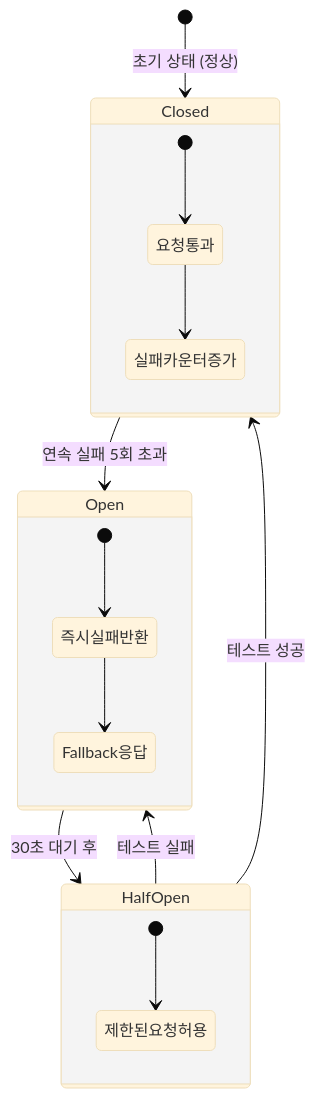
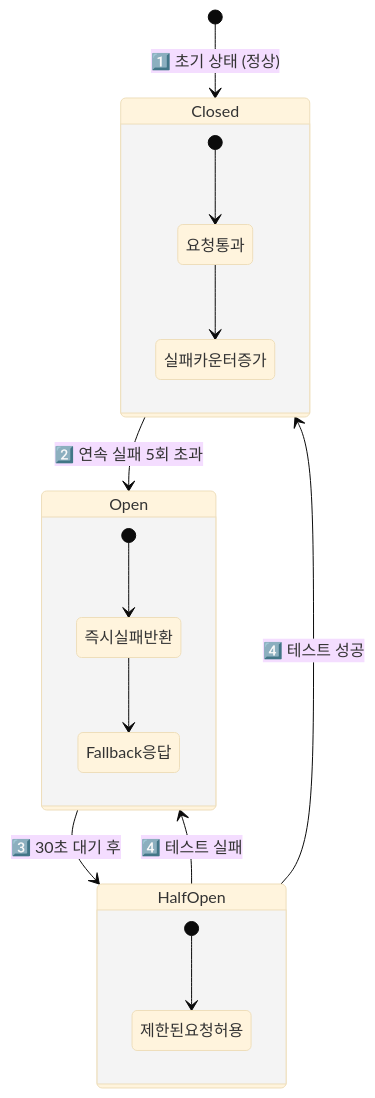
The tenth of 15 diagrams in _posts/architecture/2026-05-02-msa-deep.md (yjkim2015/yjkim2015.github.io), drawn with Mermaid (base theme) before and after one commit. The commit also changed other lines of this file and 92 other files, not shown here.

First line of the commit message:
Major quality rewrite: 98 files, Mermaid fix, extreme-scenario component

````diff
--- a/_posts/architecture/2026-05-02-msa-deep.md
+++ b/_posts/architecture/2026-05-02-msa-deep.md
@@ -356,23 +387,23 @@
 ```mermaid
 stateDiagram-v2
-    [*] --> Closed: 초기 상태 (정상)
+    [*] --> Closed: 1️⃣ 초기 상태 (정상)
 
-    Closed --> Open: 연속 실패 5회 초과
-    Open --> HalfOpen: 30초 대기 후
-    HalfOpen --> Closed: 테스트 성공
-    HalfOpen --> Open: 테스트 실패
+    Closed --> Open: 2️⃣ 연속 실패 5회 초과
+    Open --> HalfOpen: 3️⃣ 30초 대기 후
+    HalfOpen --> Closed: 4️⃣ 테스트 성공
+    HalfOpen --> Open: 4️⃣ 테스트 실패
 
     state Closed {
         [*] --> 요청통과
         요청통과 --> 실패카운터증가
     }
 
     state Open {
         [*] --> 즉시실패반환
         즉시실패반환 --> Fallback응답
     }
 
     state HalfOpen {
         [*] --> 제한된요청허용
     }
 ```
````
